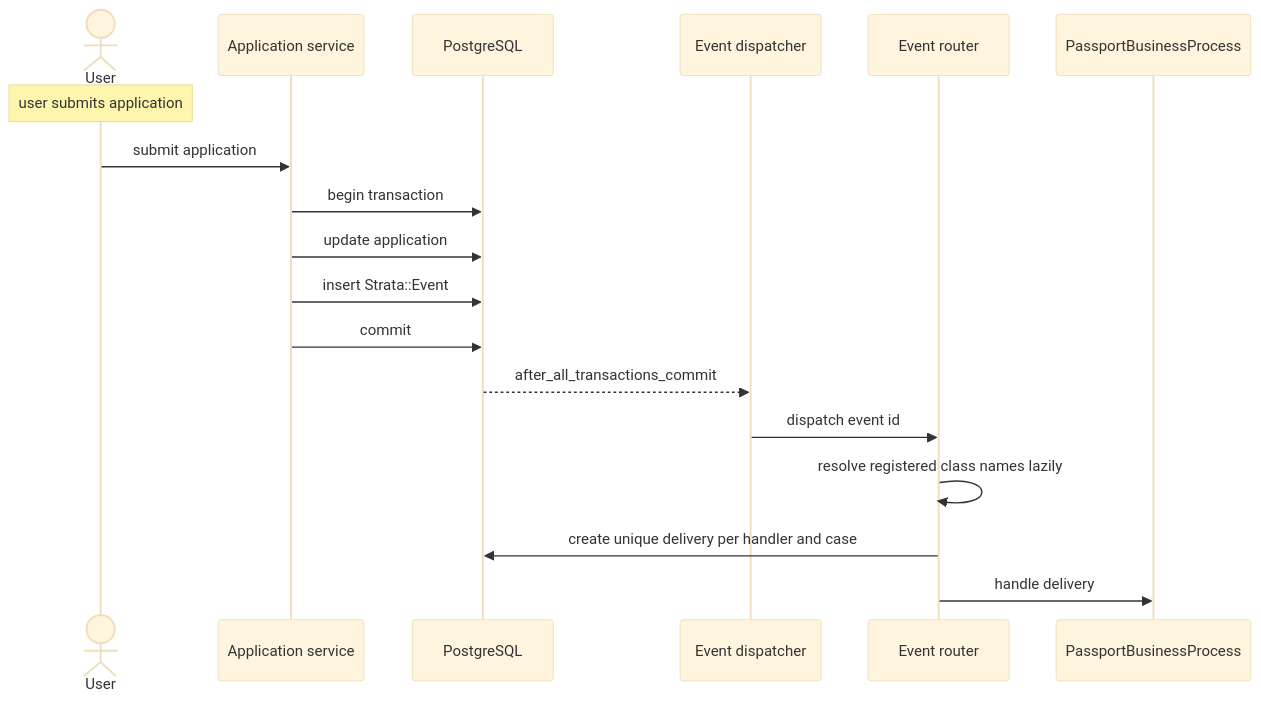
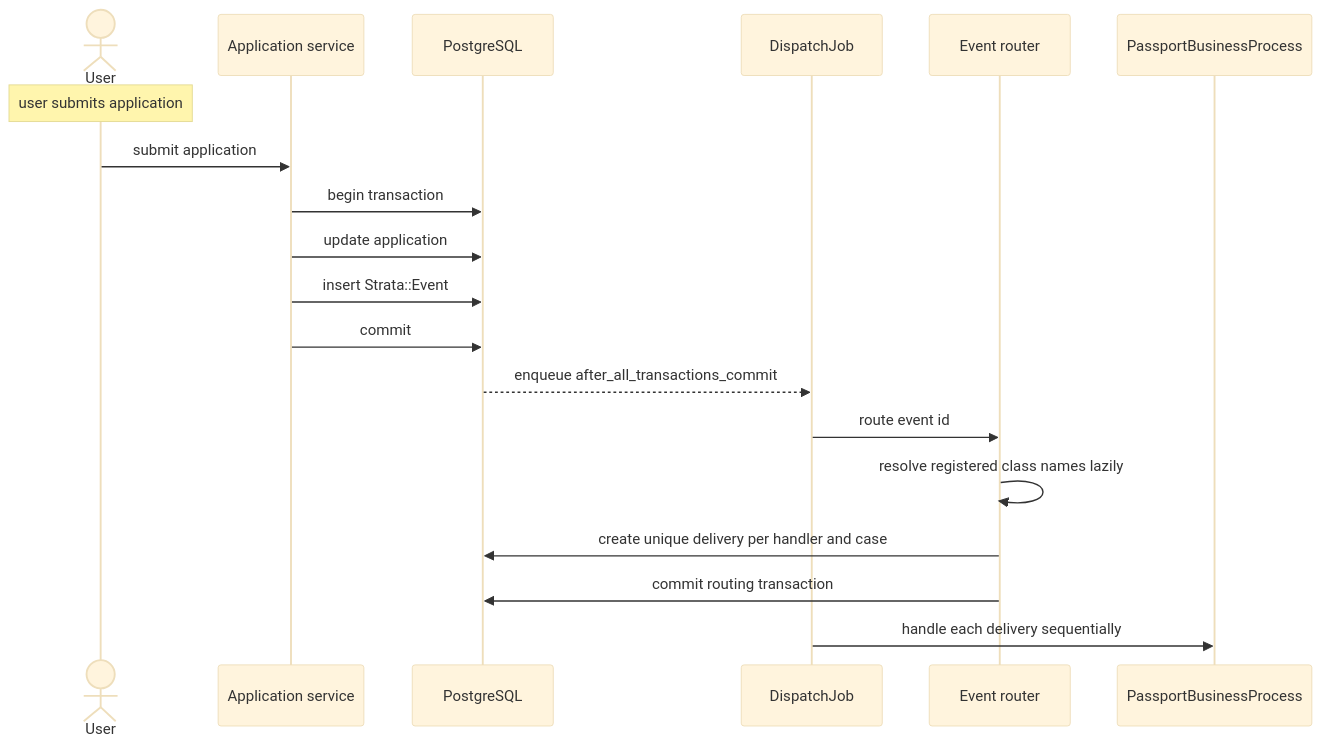
The second of 3 diagrams in docs/contributing/business-process-sequence-diagram.md (navapbc/flex-sdk), drawn with Mermaid (base theme) before and after one commit. The commit also changed other lines of this file and 26 other files, not shown here.

Commit message:
Simplify durable event dispatch

````diff
--- a/docs/contributing/business-process-sequence-diagram.md
+++ b/docs/contributing/business-process-sequence-diagram.md
@@ -18,21 +18,22 @@
 ```mermaid
 sequenceDiagram
   actor U as User
   participant App as Application service
   participant DB as PostgreSQL
-  participant Dispatcher as Event dispatcher
+  participant Job as DispatchJob
   participant Router as Event router
   participant BP as PassportBusinessProcess
 
   note over U: user submits application
   U ->> App: submit application
   App ->> DB: begin transaction
   App ->> DB: update application
   App ->> DB: insert Strata::Event
   App ->> DB: commit
-  DB -->> Dispatcher: after_all_transactions_commit
-  Dispatcher ->> Router: dispatch event id
+  DB -->> Job: enqueue after_all_transactions_commit
+  Job ->> Router: route event id
   Router ->> Router: resolve registered class names lazily
   Router ->> DB: create unique delivery per handler and case
-  Router ->> BP: handle delivery
+  Router ->> DB: commit routing transaction
+  Job ->> BP: handle each delivery sequentially
 ```
````
